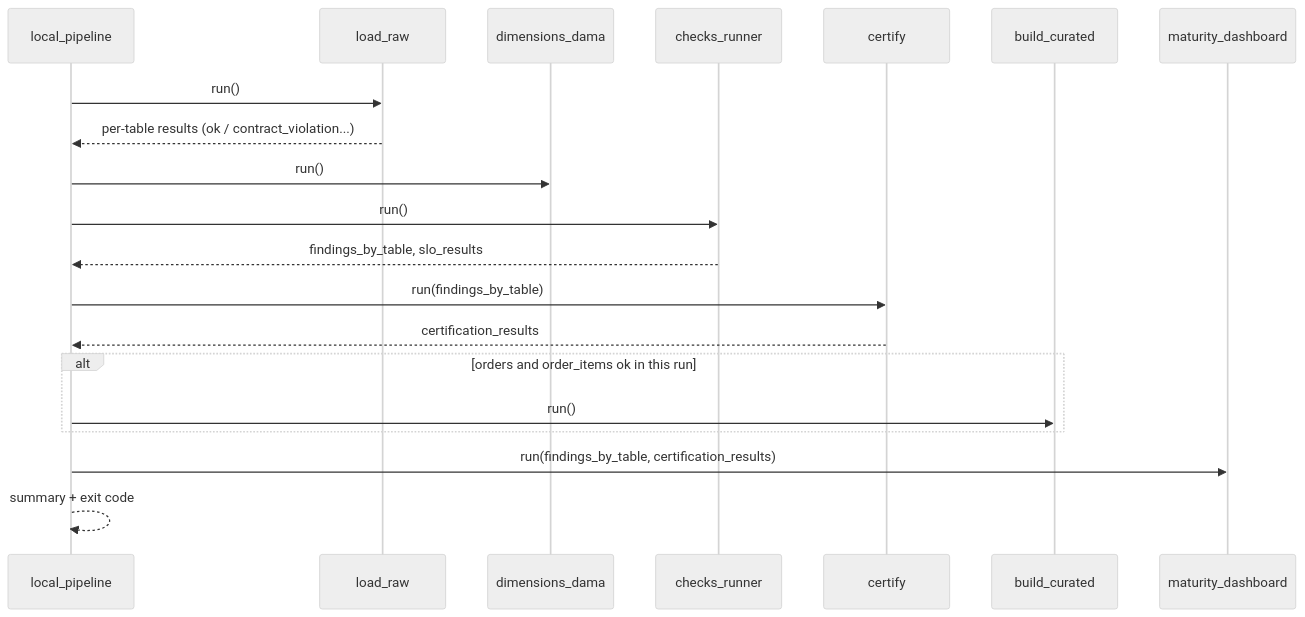
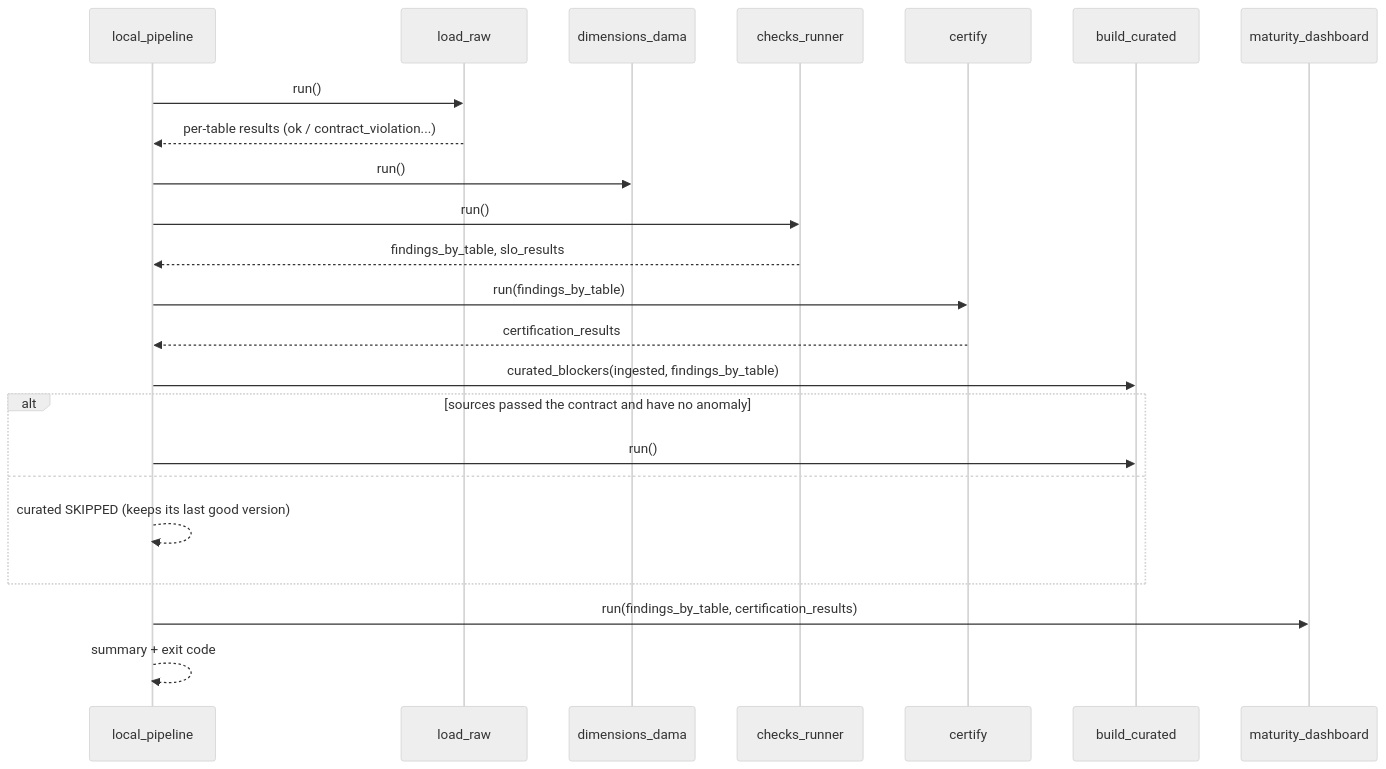
The second of 2 diagrams in docs/en/03-architecture.md (amadeuchacar/data-quality-ecommerce), drawn with Mermaid (neutral theme) before and after one commit. The commit also changed other lines of this file and 12 other files, not shown here.

````diff
--- a/docs/en/03-architecture.md
+++ b/docs/en/03-architecture.md
@@ -172,22 +176,25 @@
 ```mermaid
 sequenceDiagram
     participant O as local_pipeline
     participant I as load_raw
     participant D as dimensions_dama
     participant C as checks_runner
     participant Z as certify
     participant T as build_curated
     participant M as maturity_dashboard
     O->>I: run()
     I-->>O: per-table results (ok / contract_violation...)
     O->>D: run()
     O->>C: run()
     C-->>O: findings_by_table, slo_results
     O->>Z: run(findings_by_table)
     Z-->>O: certification_results
-    alt orders and order_items ok in this run
+    O->>T: curated_blockers(ingested, findings_by_table)
+    alt sources passed the contract and have no anomaly
         O->>T: run()
+    else
+        O-->>O: curated SKIPPED (keeps its last good version)
     end
     O->>M: run(findings_by_table, certification_results)
     O-->>O: summary + exit code
 ```
````
